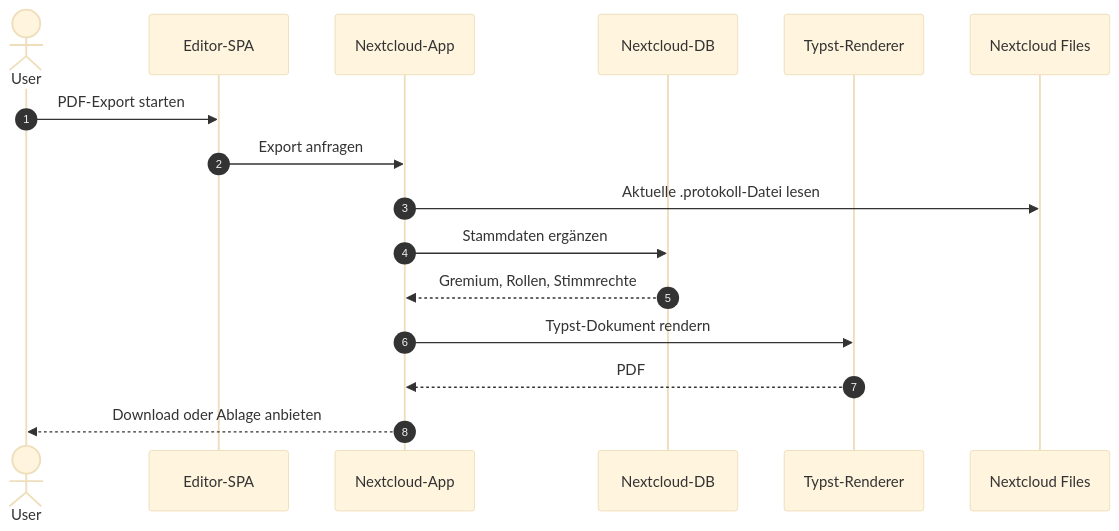
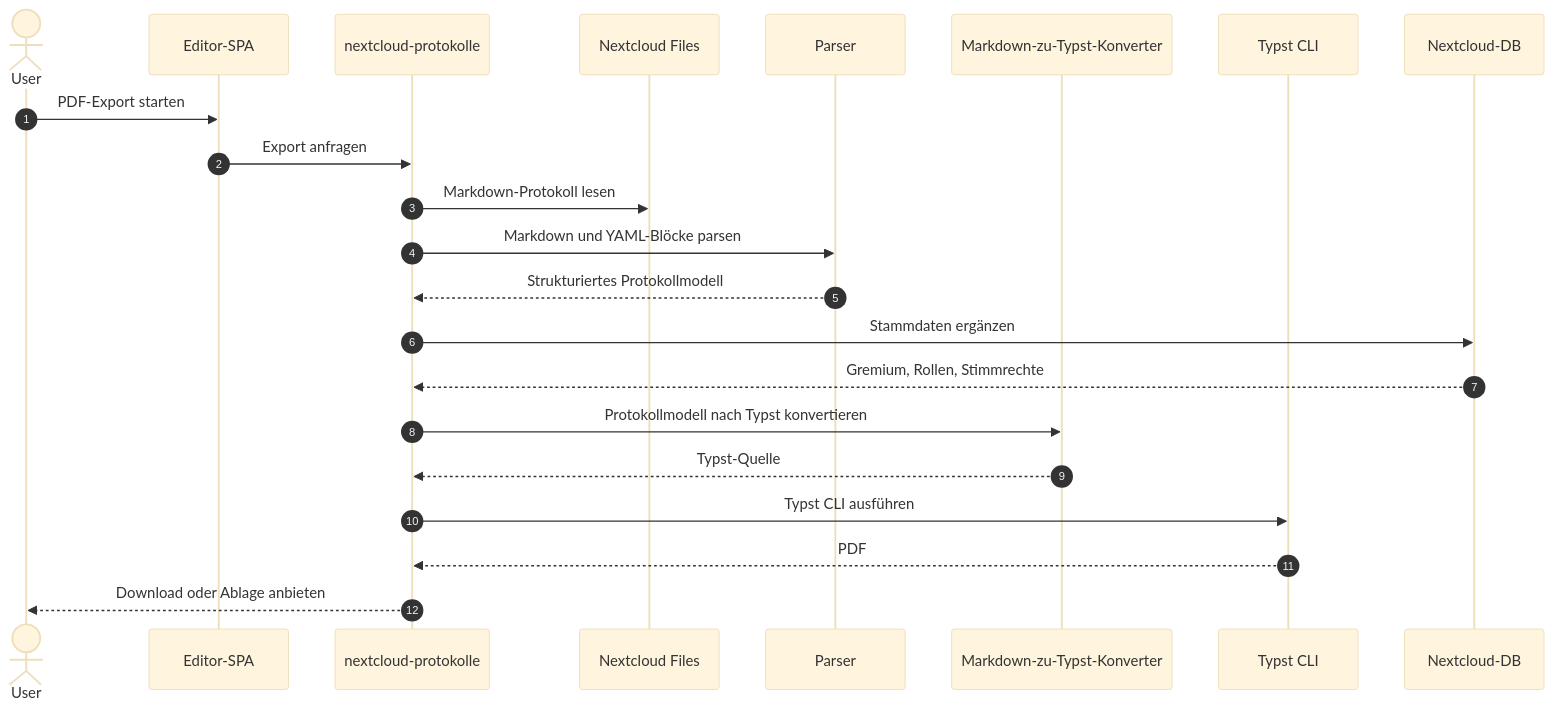
One commit to dergabriel/nextcloud-protokolle changed the fourth of 5 diagrams in ARCHITECTURE.md. Above: the diagram before and after it, drawn with Mermaid (base theme). The commit also changed other lines of this file, not shown here.

Commit message:
docs: pivot architecture to lean on nextcloud text and user_oidc

````diff
--- a/ARCHITECTURE.md
+++ b/ARCHITECTURE.md
@@ -216,19 +264,25 @@
 ```mermaid
 sequenceDiagram
     autonumber
     actor U as User
     participant E as Editor-SPA
-    participant A as Nextcloud-App
+    participant A as nextcloud-protokolle
+    participant F as Nextcloud Files
+    participant P as Parser
+    participant C as Markdown-zu-Typst-Konverter
+    participant T as Typst CLI
     participant DB as Nextcloud-DB
-    participant T as Typst-Renderer
-    participant F as Nextcloud Files
 
     U->>E: PDF-Export starten
     E->>A: Export anfragen
-    A->>F: Aktuelle .protokoll-Datei lesen
+    A->>F: Markdown-Protokoll lesen
+    A->>P: Markdown und YAML-Blöcke parsen
+    P-->>A: Strukturiertes Protokollmodell
     A->>DB: Stammdaten ergänzen
     DB-->>A: Gremium, Rollen, Stimmrechte
-    A->>T: Typst-Dokument rendern
+    A->>C: Protokollmodell nach Typst konvertieren
+    C-->>A: Typst-Quelle
+    A->>T: Typst CLI ausführen
     T-->>A: PDF
     A-->>U: Download oder Ablage anbieten
 ```
````
